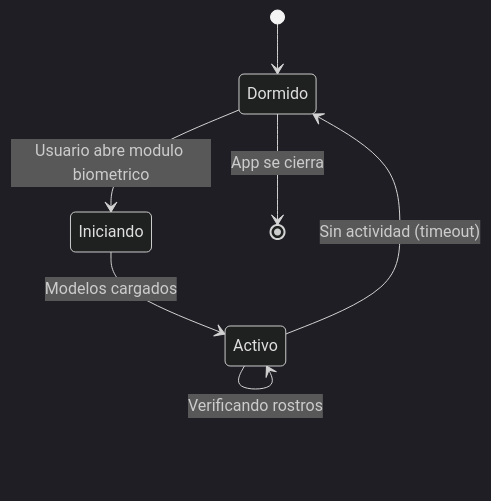
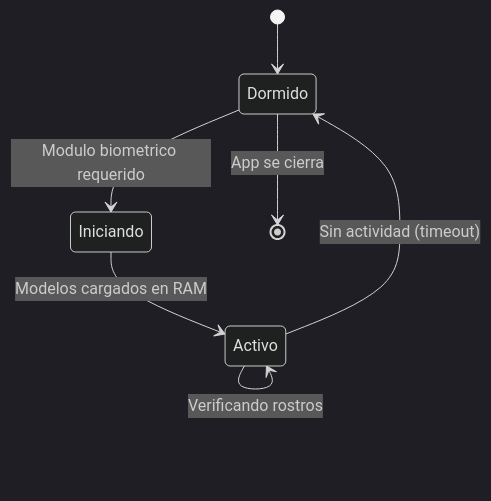
Before and after one commit to ramarstudio/RAMar_Repo: the second of 2 diagrams in docs/producto/como-funciona.md, drawn with Mermaid (dark theme). The commit also changed other lines of this file and 11 other files, not shown here.

````diff
--- a/docs/producto/como-funciona.md
+++ b/docs/producto/como-funciona.md
@@ -59,9 +80,9 @@
 ```mermaid
 stateDiagram-v2
     [*] --> Dormido
-    Dormido --> Iniciando: Usuario abre modulo biometrico
-    Iniciando --> Activo: Modelos cargados
+    Dormido --> Iniciando: Modulo biometrico requerido
+    Iniciando --> Activo: Modelos cargados en RAM
     Activo --> Dormido: Sin actividad (timeout)
     Activo --> Activo: Verificando rostros
     Dormido --> [*]: App se cierra
 ```
````
